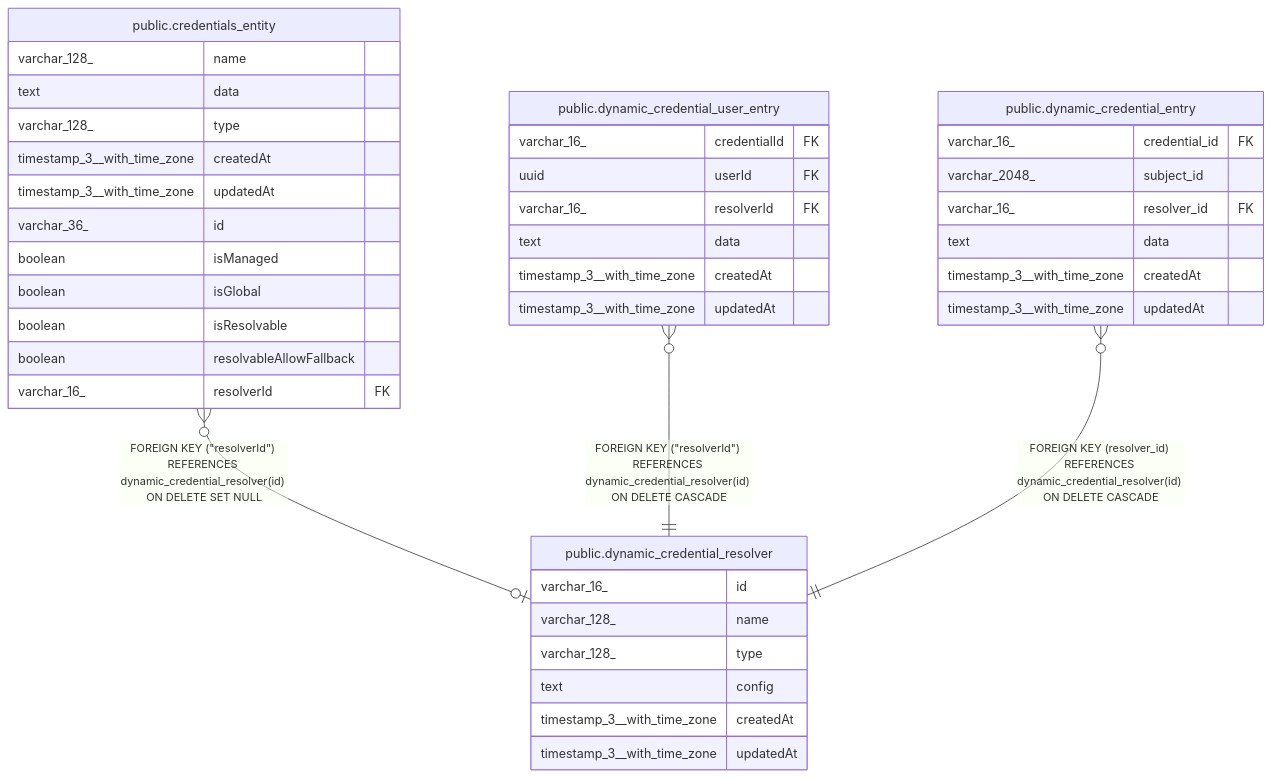
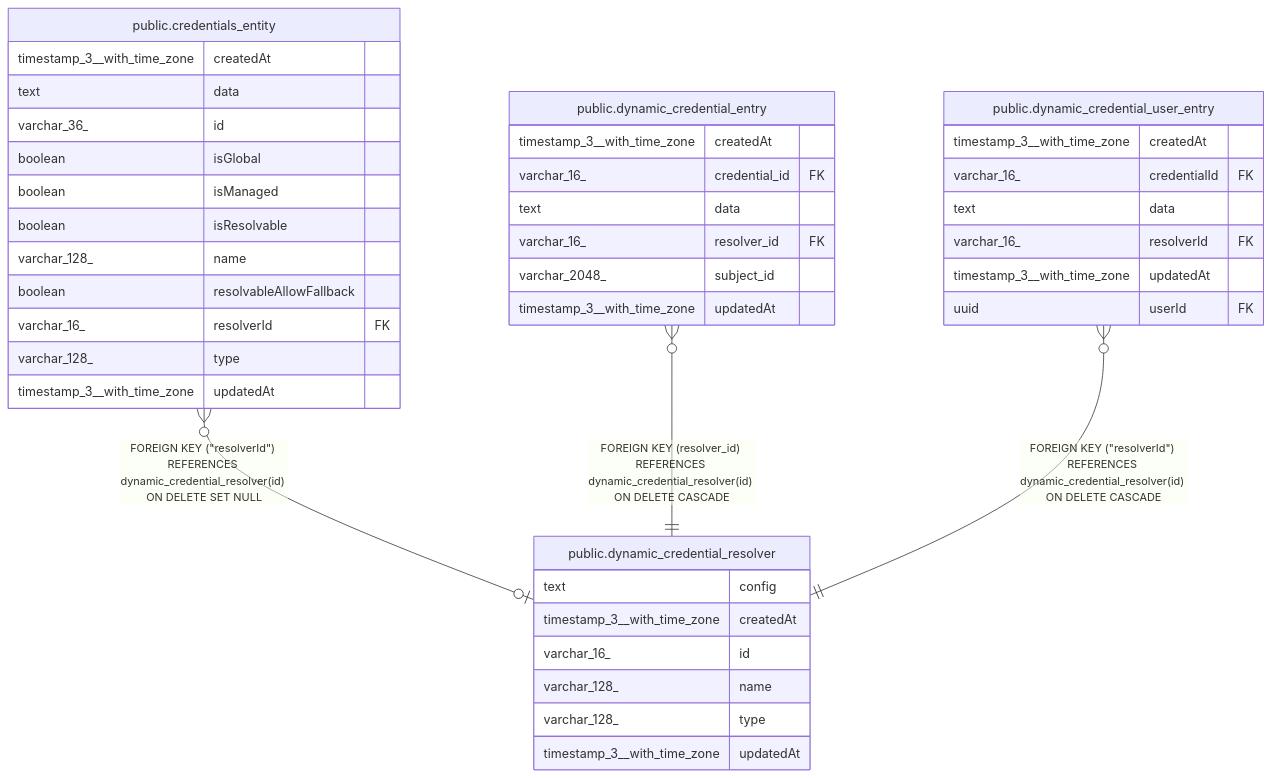
Before and after one commit to mayankjain1815-commits/n8n: the diagram in docs/generated/postgres-schema/public.dynamic_credential_resolver.md, drawn with Mermaid. The commit also changed other lines of this file and 221 other files, not shown here.

Commit message:
chore(core): Make DB schema docs generation deterministic (#32373)

````diff
--- a/docs/generated/postgres-schema/public.dynamic_credential_resolver.md
+++ b/docs/generated/postgres-schema/public.dynamic_credential_resolver.md
@@ -35,45 +35,45 @@
 ```mermaid
 erDiagram
 
 "public.credentials_entity" }o--o| "public.dynamic_credential_resolver" : "FOREIGN KEY (#quot;resolverId#quot;) REFERENCES dynamic_credential_resolver(id) ON DELETE SET NULL"
+"public.dynamic_credential_entry" }o--|| "public.dynamic_credential_resolver" : "FOREIGN KEY (resolver_id) REFERENCES dynamic_credential_resolver(id) ON DELETE CASCADE"
 "public.dynamic_credential_user_entry" }o--|| "public.dynamic_credential_resolver" : "FOREIGN KEY (#quot;resolverId#quot;) REFERENCES dynamic_credential_resolver(id) ON DELETE CASCADE"
-"public.dynamic_credential_entry" }o--|| "public.dynamic_credential_resolver" : "FOREIGN KEY (resolver_id) REFERENCES dynamic_credential_resolver(id) ON DELETE CASCADE"
 
 "public.dynamic_credential_resolver" {
+  text config
+  timestamp_3__with_time_zone createdAt
   varchar_16_ id
   varchar_128_ name
   varchar_128_ type
-  text config
-  timestamp_3__with_time_zone createdAt
   timestamp_3__with_time_zone updatedAt
 }
 "public.credentials_entity" {
+  timestamp_3__with_time_zone createdAt
+  text data
+  varchar_36_ id
+  boolean isGlobal
+  boolean isManaged
+  boolean isResolvable
   varchar_128_ name
-  text data
-  varchar_128_ type
-  timestamp_3__with_time_zone createdAt
-  timestamp_3__with_time_zone updatedAt
-  varchar_36_ id
-  boolean isManaged
-  boolean isGlobal
-  boolean isResolvable
   boolean resolvableAllowFallback
   varchar_16_ resolverId FK
-}
-"public.dynamic_credential_user_entry" {
-  varchar_16_ credentialId FK
-  uuid userId FK
-  varchar_16_ resolverId FK
-  text data
-  timestamp_3__with_time_zone createdAt
+  varchar_128_ type
   timestamp_3__with_time_zone updatedAt
 }
 "public.dynamic_credential_entry" {
+  timestamp_3__with_time_zone createdAt
   varchar_16_ credential_id FK
+  text data
+  varchar_16_ resolver_id FK
   varchar_2048_ subject_id
-  varchar_16_ resolver_id FK
-  text data
-  timestamp_3__with_time_zone createdAt
   timestamp_3__with_time_zone updatedAt
 }
+"public.dynamic_credential_user_entry" {
+  timestamp_3__with_time_zone createdAt
+  varchar_16_ credentialId FK
+  text data
+  varchar_16_ resolverId FK
+  timestamp_3__with_time_zone updatedAt
+  uuid userId FK
+}
 ```
````
